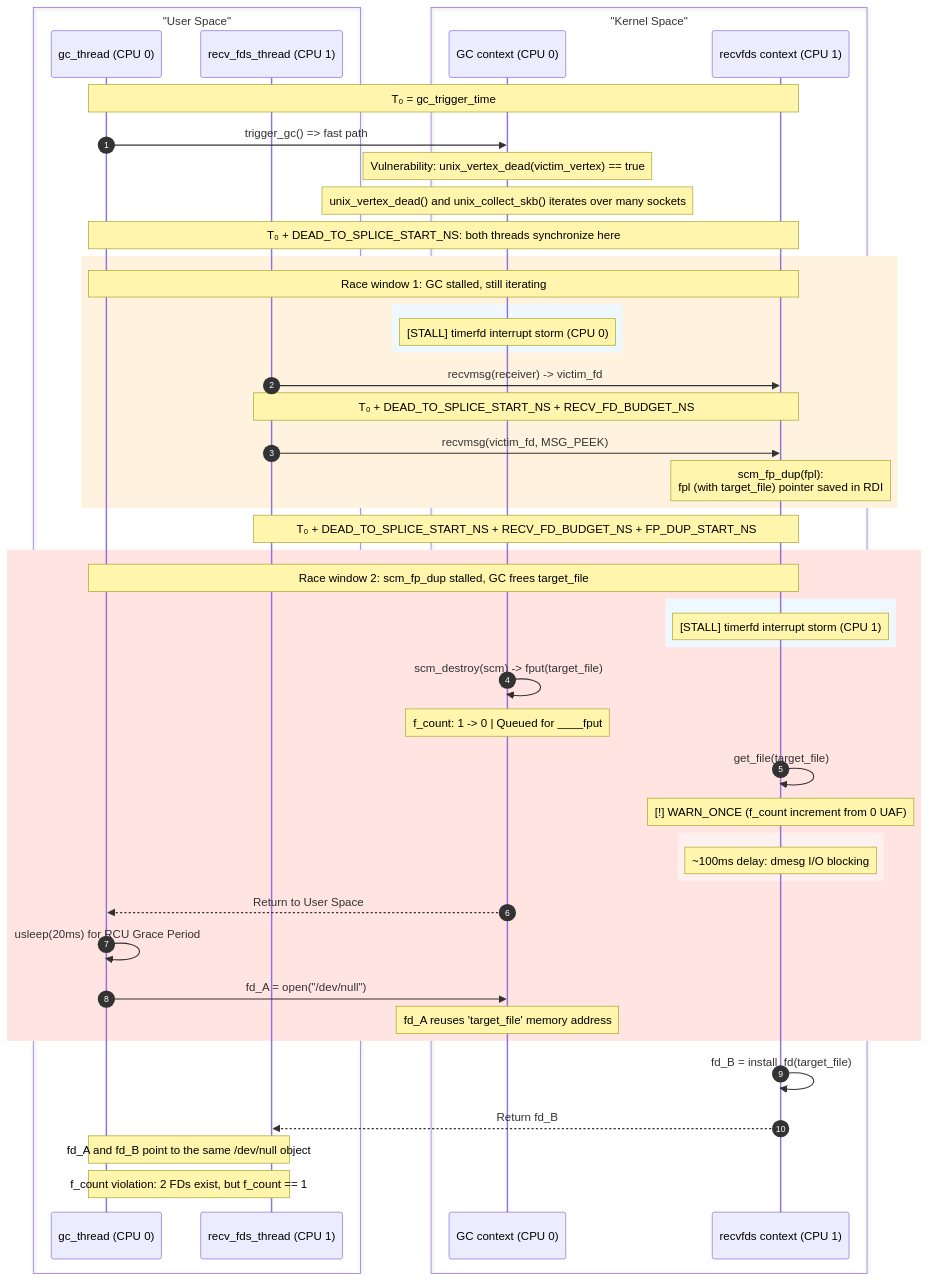
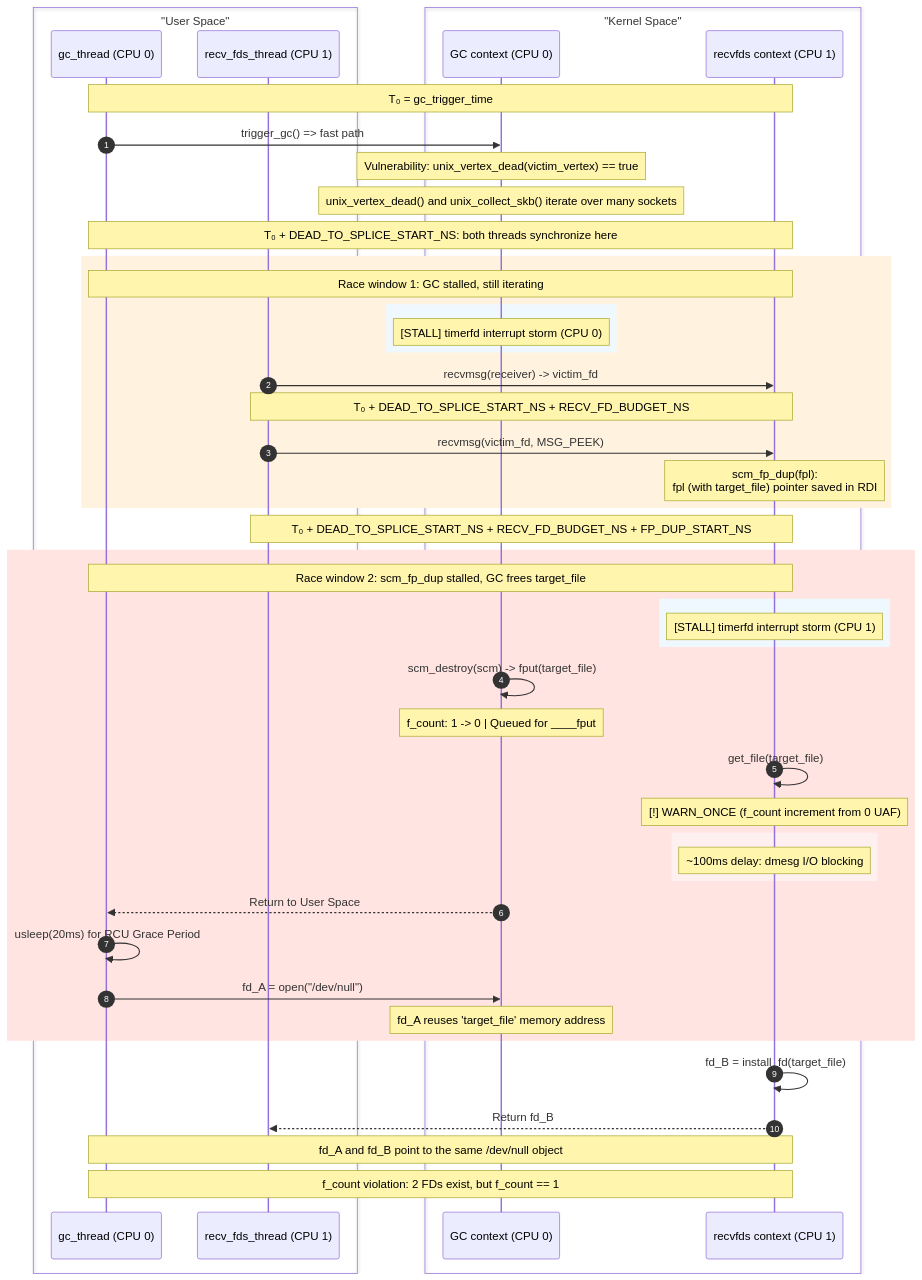
Before and after one commit to google/security-research: the diagram in pocs/linux/kernelctf/CVE-2025-40214_mitigation/docs/exploit.md, drawn with Mermaid. The commit also changed other lines of this file and 4 other files, not shown here.

````diff
--- a/pocs/linux/kernelctf/CVE-2025-40214_mitigation/docs/exploit.md
+++ b/pocs/linux/kernelctf/CVE-2025-40214_mitigation/docs/exploit.md
@@ -315,76 +383,76 @@
 ```mermaid
 ---
 config:
   theme: mc
 ---
 sequenceDiagram
     participant T1
     participant T2
     participant K1
     participant K2
     autonumber
     box "User Space" #f9f9f9
     participant T1 as gc_thread (CPU 0)
     participant T2 as recv_fds_thread (CPU 1)
     end
     box "Kernel Space" #e1f5fe
     participant K1 as GC context (CPU 0)
     participant K2 as recvfds context (CPU 1)
     end
 
     Note over T1, K2: T₀ = gc_trigger_time
 
     T1->>K1: trigger_gc() => fast path
     Note over K1: Vulnerability: unix_vertex_dead(victim_vertex) == true
-    Note over K1: unix_vertex_dead() and unix_collect_skb() iterates over many sockets
+    Note over K1: unix_vertex_dead() and unix_collect_skb() iterate over many sockets
 
     Note over T1, K2: T₀ + DEAD_TO_SPLICE_START_NS: both threads synchronize here
 
     rect rgb(255, 243, 224)
     Note over T1, K2: Race window 1: GC stalled, still iterating
 
     rect rgb(240, 248, 255)
     Note over K1: [STALL] timerfd interrupt storm (CPU 0)
     end
 
     T2->>K2: recvmsg(receiver) -> victim_fd
 
     Note over T2, K2: T₀ + DEAD_TO_SPLICE_START_NS + RECV_FD_BUDGET_NS
 
     T2->>K2: recvmsg(victim_fd, MSG_PEEK)
     Note over K2: scm_fp_dup(fpl):<br/>fpl (with target_file) pointer saved in RDI
 
     end
 
     Note over T2, K2: T₀ + DEAD_TO_SPLICE_START_NS + RECV_FD_BUDGET_NS + FP_DUP_START_NS
 
     rect rgb(255, 228, 225)
     Note over T1, K2: Race window 2: scm_fp_dup stalled, GC frees target_file
 
     rect rgb(240, 248, 255)
     Note over K2: [STALL] timerfd interrupt storm (CPU 1)
     end
 
     K1->>K1: scm_destroy(scm) -> fput(target_file)
     Note over K1: f_count: 1 -> 0 | Queued for ____fput
 
     K2->>K2: get_file(target_file)
     Note over K2: [!] WARN_ONCE (f_count increment from 0 UAF)
 
     rect rgb(255, 240, 240)
     Note over K2: ~100ms delay: dmesg I/O blocking
     end
 
     K1-->>T1: Return to User Space
     T1->>T1: usleep(20ms) for RCU Grace Period
 
     T1->>K1: fd_A = open("/dev/null")
     Note over K1: fd_A reuses 'target_file' memory address
 
     end
 
     K2->>K2: fd_B = install_fd(target_file)
     K2-->>T2: Return fd_B
-    Note over T1, T2: fd_A and fd_B point to the same /dev/null object
-    Note over T1, T2: f_count violation: 2 FDs exist, but f_count == 1
+    Note over T1, K2: fd_A and fd_B point to the same /dev/null object
+    Note over T1, K2: f_count violation: 2 FDs exist, but f_count == 1
 ```
````
